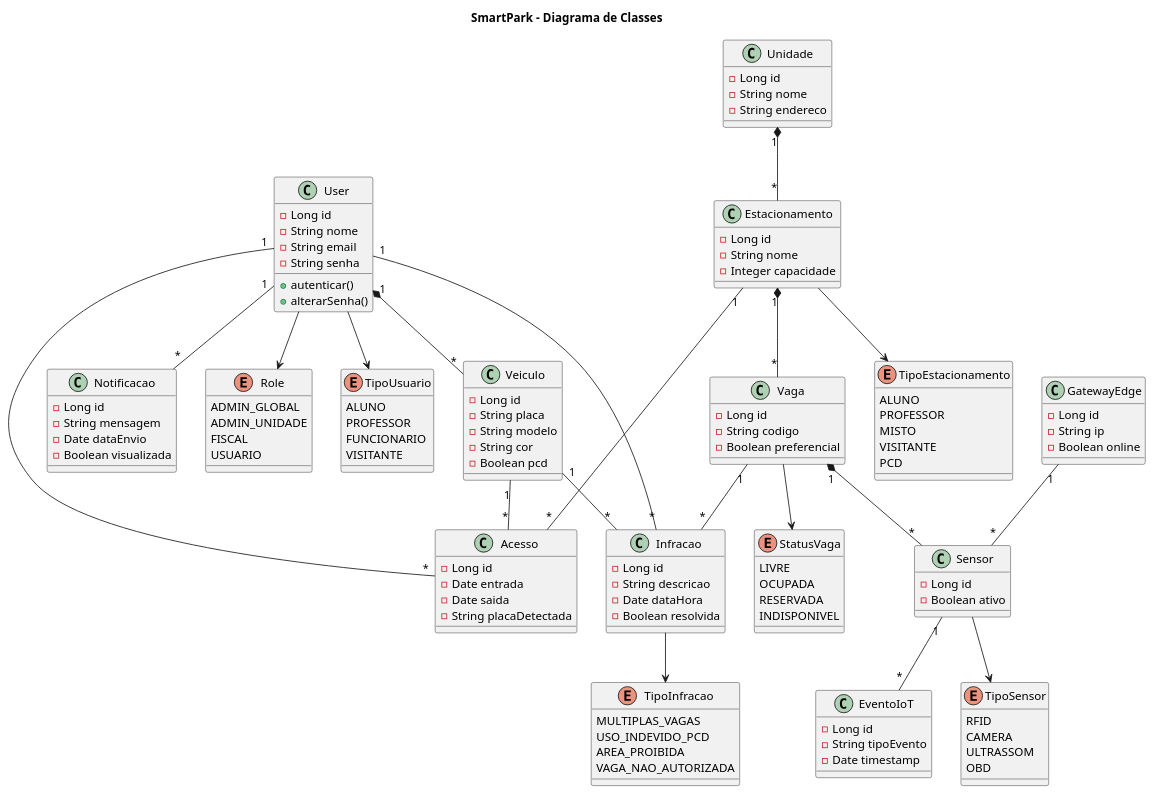
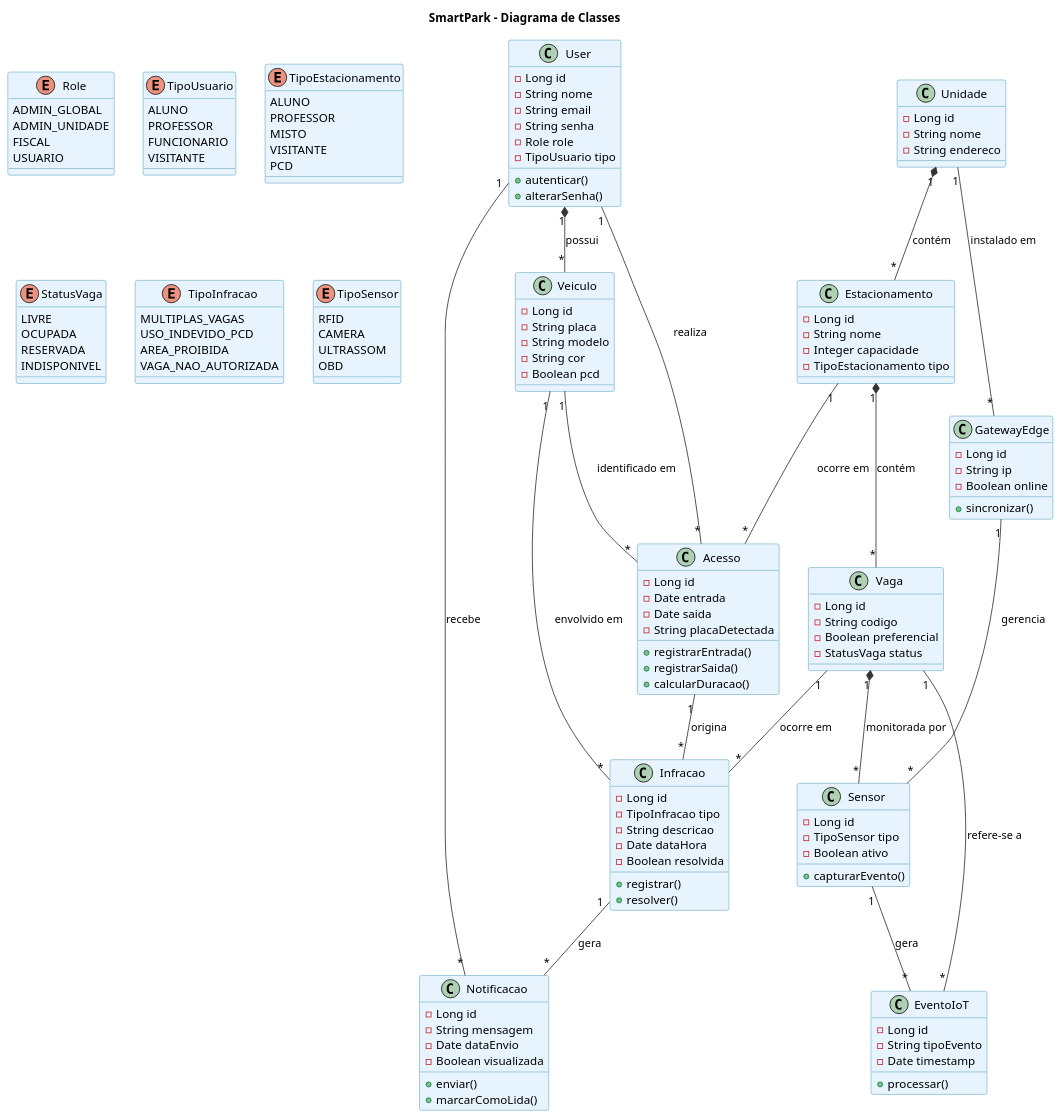
Before and after one commit to jjoaom/PS-PUCMG-SmartPark: the diagram in code/class.puml, drawn with PlantUML. The commit also changed 16 other files, not shown here.

```diff
--- a/code/class.puml
+++ b/code/class.puml
@@ -1,178 +1,157 @@
 @startuml
 title SmartPark - Diagrama de Classes
 
-' =========================
-' ENUMS
-' =========================
+skinparam classBackgroundColor #E8F4FD
+skinparam classBorderColor #2E86AB
+skinparam ArrowColor #333333
 
 enum Role {
     ADMIN_GLOBAL
     ADMIN_UNIDADE
     FISCAL
     USUARIO
 }
-
 enum TipoUsuario {
     ALUNO
     PROFESSOR
     FUNCIONARIO
     VISITANTE
 }
-
 enum TipoEstacionamento {
     ALUNO
     PROFESSOR
     MISTO
     VISITANTE
     PCD
 }
-
 enum StatusVaga {
     LIVRE
     OCUPADA
     RESERVADA
     INDISPONIVEL
 }
-
 enum TipoInfracao {
     MULTIPLAS_VAGAS
     USO_INDEVIDO_PCD
     AREA_PROIBIDA
     VAGA_NAO_AUTORIZADA
 }
-
 enum TipoSensor {
     RFID
     CAMERA
     ULTRASSOM
     OBD
 }
 
-' =========================
-' USUÁRIOS
-' =========================
 
 class User {
     -Long id
     -String nome
     -String email
     -String senha
-
+    -Role role
+    -TipoUsuario tipo
     +autenticar()
     +alterarSenha()
 }
-
 class Veiculo {
     -Long id
     -String placa
     -String modelo
     -String cor
     -Boolean pcd
 }
 
-User --> Role
-User --> TipoUsuario
+User "1" *-- "*" Veiculo : possui
 
-User "1" *-- "*" Veiculo
-
-' =========================
-' ESTRUTURA CAMPUS
-' =========================
 
 class Unidade {
     -Long id
     -String nome
     -String endereco
 }
-
 class Estacionamento {
     -Long id
     -String nome
     -Integer capacidade
+    -TipoEstacionamento tipo
 }
-
 class Vaga {
     -Long id
     -String codigo
     -Boolean preferencial
+    -StatusVaga status
 }
 
-Estacionamento --> TipoEstacionamento
-Vaga --> StatusVaga
+Unidade "1" *-- "*" Estacionamento : contém
+Estacionamento "1" *-- "*" Vaga : contém
 
-Unidade "1" *-- "*" Estacionamento
-Estacionamento "1" *-- "*" Vaga
-
-' =========================
-' ACESSO
-' =========================
 
 class Acesso {
     -Long id
     -Date entrada
     -Date saida
     -String placaDetectada
+    +registrarEntrada()
+    +registrarSaida()
+    +calcularDuracao()
 }
 
-User "1" -- "*" Acesso
-Veiculo "1" -- "*" Acesso
-Estacionamento "1" -- "*" Acesso
+User "1" -- "*" Acesso : realiza
+Veiculo "1" -- "*" Acesso : identificado em
+Estacionamento "1" -- "*" Acesso : ocorre em
 
-' =========================
-' IOT
-' =========================
 
 class Sensor {
     -Long id
+    -TipoSensor tipo
     -Boolean ativo
+    +capturarEvento()
 }
-
 class GatewayEdge {
     -Long id
     -String ip
     -Boolean online
+    +sincronizar()
 }
-
 class EventoIoT {
     -Long id
     -String tipoEvento
     -Date timestamp
+    +processar()
 }
 
-Sensor --> TipoSensor
-
-Vaga "1" *-- "*" Sensor
-GatewayEdge "1" -- "*" Sensor
-Sensor "1" -- "*" EventoIoT
-
-' =========================
-' INFRAÇÕES
-' =========================
+Vaga "1" *-- "*" Sensor      : monitorada por
+Unidade "1" -- "*" GatewayEdge : instalado em
+GatewayEdge "1" -- "*" Sensor  : gerencia
+Sensor "1" -- "*" EventoIoT   : gera
+EventoIoT "*" -- "1" Vaga      : refere-se a
 
 class Infracao {
     -Long id
+    -TipoInfracao tipo
     -String descricao
     -Date dataHora
     -Boolean resolvida
+    +registrar()
+    +resolver()
 }
 
-Infracao --> TipoInfracao
+Acesso "1" -- "*" Infracao   : origina
+Veiculo "1" -- "*" Infracao  : envolvido em
+Vaga "1" -- "*" Infracao     : ocorre em
 
-User "1" -- "*" Infracao
-Veiculo "1" -- "*" Infracao
-Vaga "1" -- "*" Infracao
-
-' =========================
-' NOTIFICAÇÕES
-' =========================
 
 class Notificacao {
     -Long id
     -String mensagem
     -Date dataEnvio
     -Boolean visualizada
+    +enviar()
+    +marcarComoLida()
 }
 
-User "1" -- "*" Notificacao
+User "1" -- "*" Notificacao    : recebe
+Infracao "1" -- "*" Notificacao : gera
 
 @enduml
```
